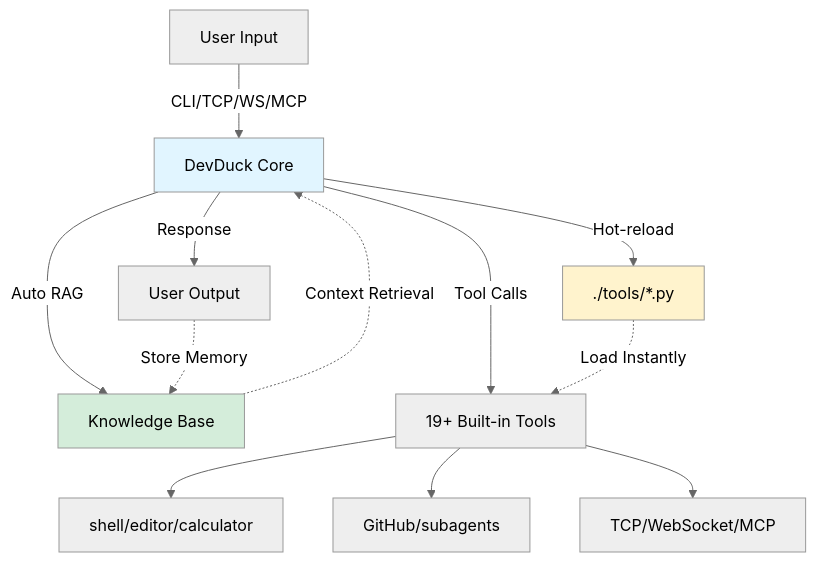
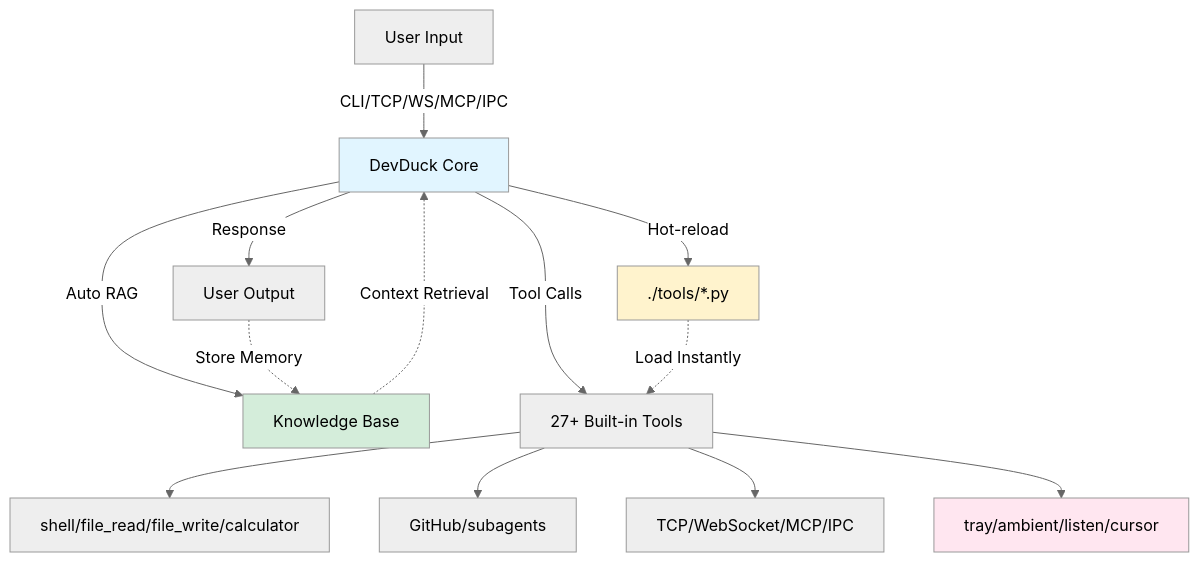
The diagram in README.md (cagataycali/devduck), drawn with Mermaid (neutral theme) before and after one commit. The commit also changed other lines of this file and 9 other files, not shown here.

First line of the commit message:
feat: add IPC server, ambient overlay, and tray app with macOS integration

````diff
--- a/README.md
+++ b/README.md
@@ -52,18 +87,20 @@
 ```mermaid
 graph TB
-    A[User Input] -->|CLI/TCP/WS/MCP| B[DevDuck Core]
+    A[User Input] -->|CLI/TCP/WS/MCP/IPC| B[DevDuck Core]
     B -->|Auto RAG| C[Knowledge Base]
     C -.->|Context Retrieval| B
-    B -->|Tool Calls| D[19+ Built-in Tools]
-    D --> E[shell/editor/calculator]
+    B -->|Tool Calls| D[27+ Built-in Tools]
+    D --> E[shell/file_read/file_write/calculator]
     D --> F[GitHub/subagents]
-    D --> G[TCP/WebSocket/MCP]
-    B -->|Hot-reload| H[./tools/*.py]
-    H -.->|Load Instantly| D
-    B -->|Response| I[User Output]
-    I -.->|Store Memory| C
+    D --> G[TCP/WebSocket/MCP/IPC]
+    D --> H[tray/ambient/listen/cursor]
+    B -->|Hot-reload| I[./tools/*.py]
+    I -.->|Load Instantly| D
+    B -->|Response| J[User Output]
+    J -.->|Store Memory| C
     
     style B fill:#e1f5ff
     style C fill:#d4edda
-    style H fill:#fff3cd
+    style I fill:#fff3cd
+    style H fill:#ffe6f0
 ```
````
